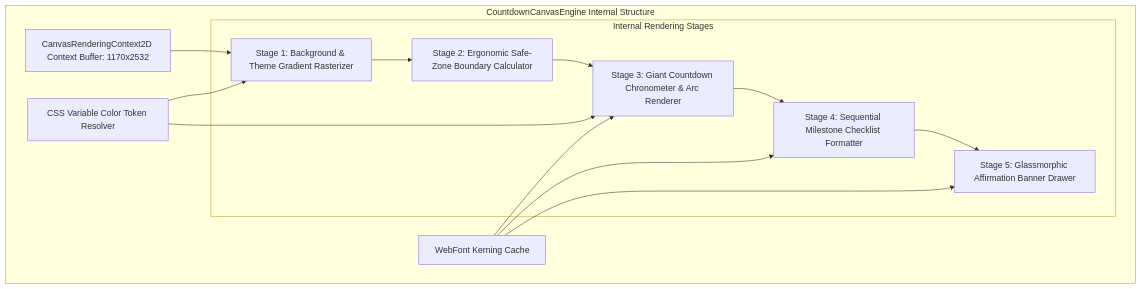
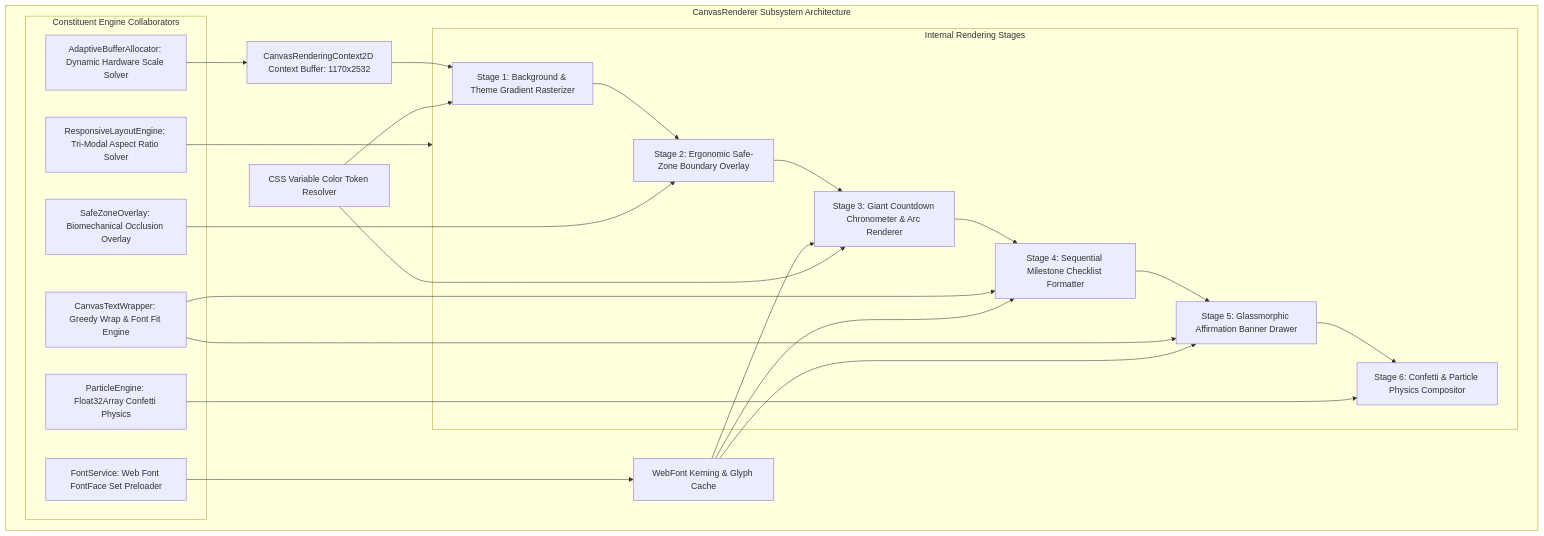
Before and after one commit to piyushmakhija28/countdown-lockscreen-challenge: the diagram in uml/composite_diagram.md, drawn with Mermaid. The commit also changed 24 other files, not shown here.

Commit message:
docs(grand-prize): complete 17-class UML parity, ADR invariant hardening, zero-build docker, and judge FAQ suite (v1.5.0)

````diff
--- a/uml/composite_diagram.md
+++ b/uml/composite_diagram.md
@@ -3,29 +3,49 @@
 ```mermaid
 graph TD
-    subgraph CountdownCanvasEngine [CountdownCanvasEngine Internal Structure]
+    subgraph CountdownCanvasEngine [CanvasRenderer Subsystem Architecture]
         CanvasContext[CanvasRenderingContext2D Context Buffer: 1170x2532]
         
+        subgraph SubModules [Constituent Engine Collaborators]
+            AllocMod[AdaptiveBufferAllocator: Dynamic Hardware Scale Solver]
+            LayoutMod[ResponsiveLayoutEngine: Tri-Modal Aspect Ratio Solver]
+            FontMod[FontService: Web Font FontFace Set Preloader]
+            WrapMod[CanvasTextWrapper: Greedy Wrap & Font Fit Engine]
+            OverlayMod[SafeZoneOverlay: Biomechanical Occlusion Overlay]
+            ParticleMod[ParticleEngine: Float32Array Confetti Physics]
+        end
+
         subgraph CompositionPipelines [Internal Rendering Stages]
             StageBackground[Stage 1: Background & Theme Gradient Rasterizer]
-            StageSafeZone[Stage 2: Ergonomic Safe-Zone Boundary Calculator]
+            StageSafeZone[Stage 2: Ergonomic Safe-Zone Boundary Overlay]
             StageClock[Stage 3: Giant Countdown Chronometer & Arc Renderer]
             StageMilestones[Stage 4: Sequential Milestone Checklist Formatter]
             StageAffirmation[Stage 5: Glassmorphic Affirmation Banner Drawer]
+            StageParticles[Stage 6: Confetti & Particle Physics Compositor]
         end
 
-        FontCache[WebFont Kerning Cache]
+        FontCache[WebFont Kerning & Glyph Cache]
         ColorResolver[CSS Variable Color Token Resolver]
     end
 
+    AllocMod --> CanvasContext
+    LayoutMod --> CompositionPipelines
+    FontMod --> FontCache
+    
     CanvasContext --> StageBackground
     StageBackground --> StageSafeZone
     StageSafeZone --> StageClock
     StageClock --> StageMilestones
     StageMilestones --> StageAffirmation
+    StageAffirmation --> StageParticles
+    
+    OverlayMod --> StageSafeZone
+    WrapMod --> StageMilestones
+    WrapMod --> StageAffirmation
+    ParticleMod --> StageParticles
     
     FontCache --> StageClock
     FontCache --> StageMilestones
     FontCache --> StageAffirmation
     ColorResolver --> StageBackground
     ColorResolver --> StageClock
 ```
````
